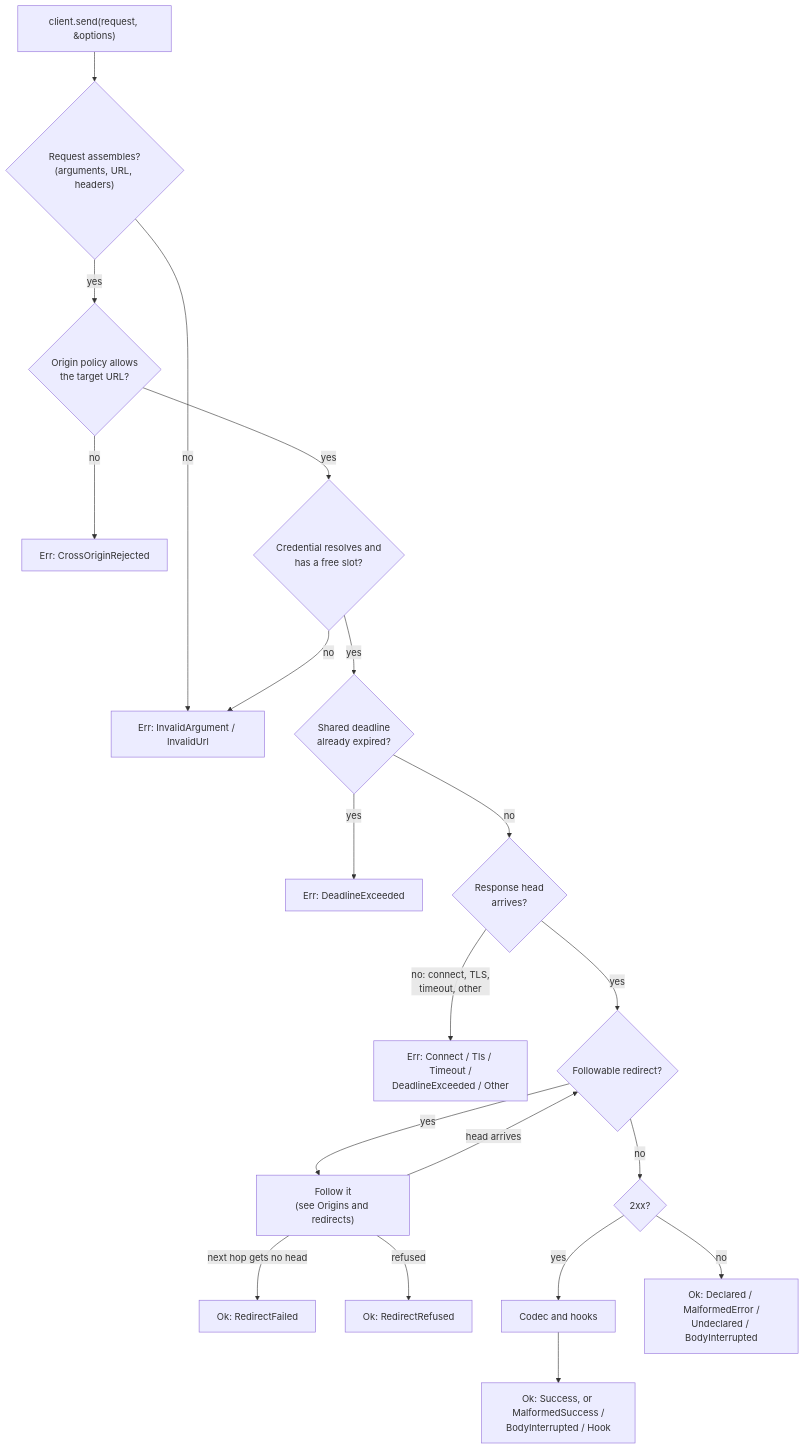
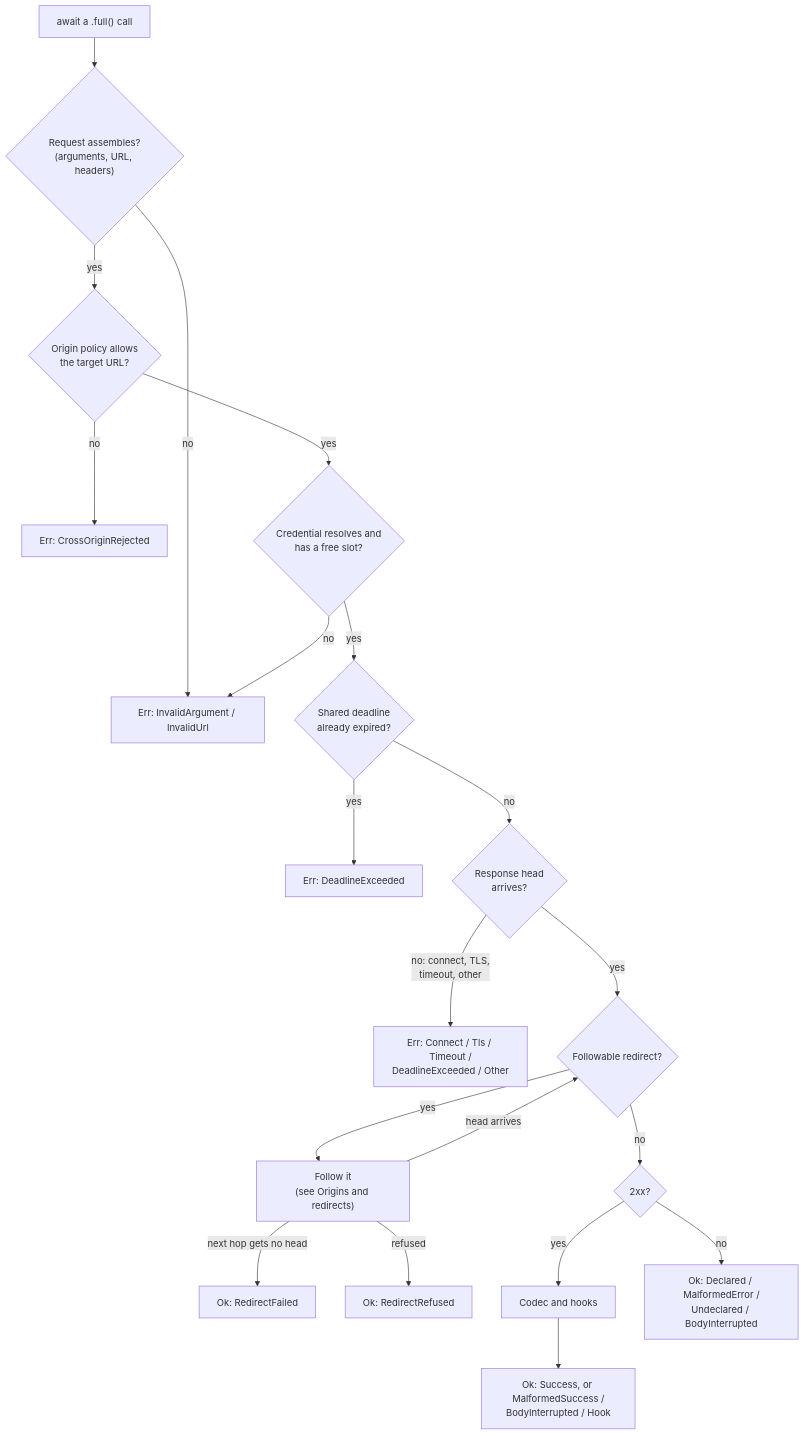
Before and after one commit to yankeeinlondon/rusty-biscuit: the diagram in schematic/docs/runtime/sending-and-responses.md, drawn with Mermaid. The commit also changed other lines of this file and 13 other files, not shown here.

````diff
--- a/schematic/docs/runtime/sending-and-responses.md
+++ b/schematic/docs/runtime/sending-and-responses.md
@@ -79,22 +105,22 @@
 ```mermaid
 flowchart TD
-    A["client.send(request, &options)"] --> B{"Request assembles?<br/>(arguments, URL, headers)"}
+    A["await a .full() call"] --> B{"Request assembles?<br/>(arguments, URL, headers)"}
     B -->|no| E1["Err: InvalidArgument / InvalidUrl"]
     B -->|yes| C{"Origin policy allows<br/>the target URL?"}
     C -->|no| E2["Err: CrossOriginRejected"]
     C -->|yes| D{"Credential resolves and<br/>has a free slot?"}
     D -->|no| E1
     D -->|yes| F{"Shared deadline<br/>already expired?"}
     F -->|yes| E3["Err: DeadlineExceeded"]
     F -->|no| G{"Response head<br/>arrives?"}
     G -->|"no: connect, TLS,<br/>timeout, other"| E4["Err: Connect / Tls / Timeout /<br/>DeadlineExceeded / Other"]
     G -->|yes| H{"Followable redirect?"}
     H -->|yes| R["Follow it<br/>(see Origins and redirects)"]
     R -->|"next hop gets no head"| OK3["Ok: RedirectFailed"]
     R -->|refused| OK4["Ok: RedirectRefused"]
     R -->|"head arrives"| H
     H -->|no| I{"2xx?"}
     I -->|yes| J["Codec and hooks"]
     J --> OK1["Ok: Success, or MalformedSuccess /<br/>BodyInterrupted / Hook"]
     I -->|no| OK2["Ok: Declared / MalformedError /<br/>Undeclared / BodyInterrupted"]
 ```
````
